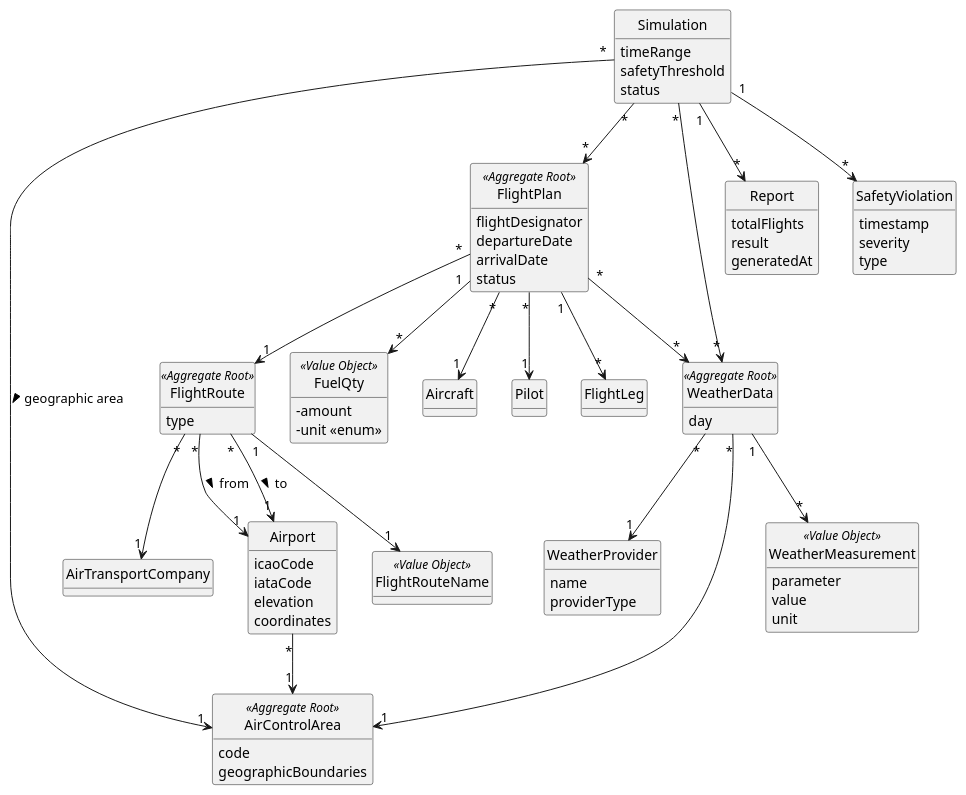
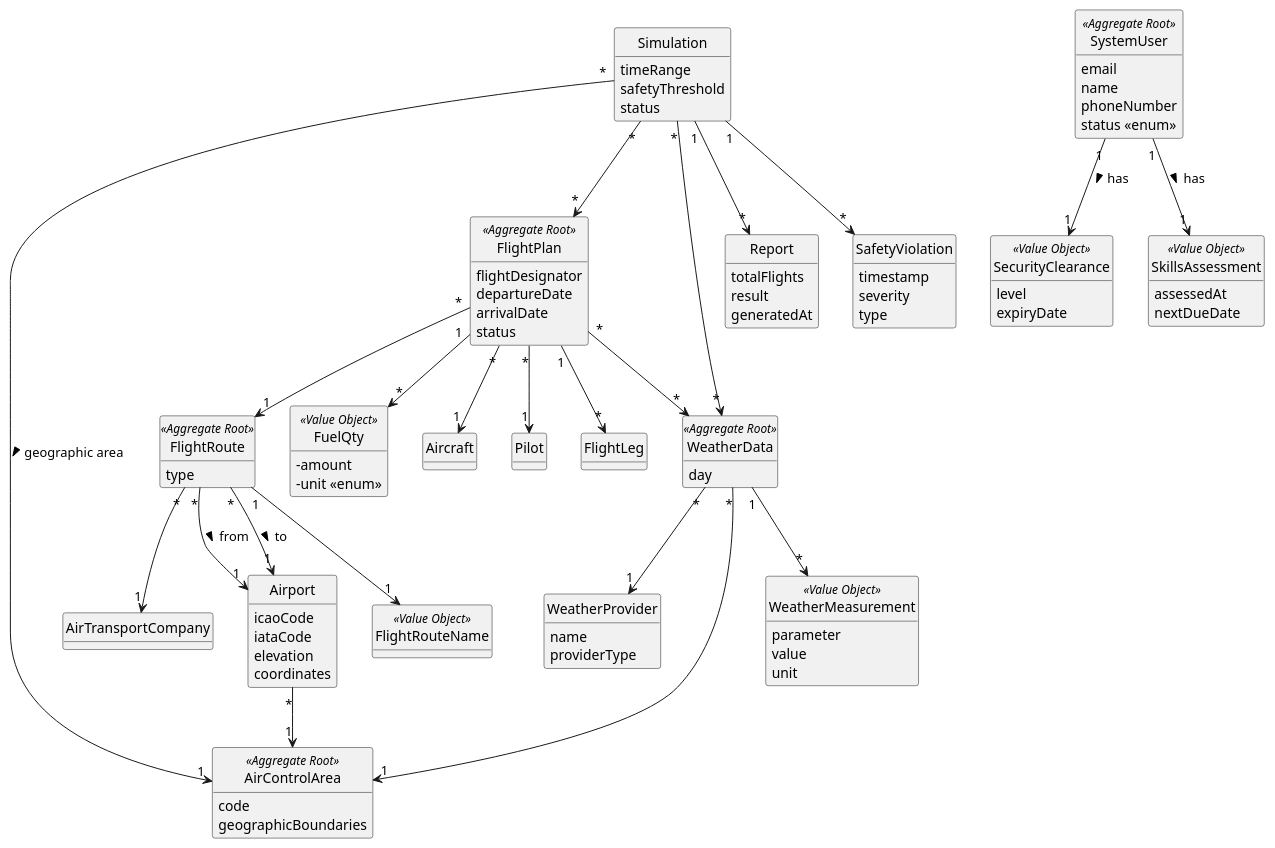
The diagram in docs/global-artifacts/02.analysis/puml/DM.puml (GustavoFerreira24/flight-management-platform), drawn with PlantUML before and after one commit.

Commit message:
Domain Model updated with some terms connected to the US30-33 [#14]

```diff
--- a/docs/global-artifacts/02.analysis/puml/DM.puml
+++ b/docs/global-artifacts/02.analysis/puml/DM.puml
@@ -1,118 +1,140 @@
 @startuml
 skinparam monochrome true
 skinparam packageStyle rectangle
 skinparam shadowing false
 'skinparam linetype ortho
 'left to right direction
 skinparam classAttributeIconSize 0
 hide circle
 hide methods
 
 'title Domain Model
 
 class Simulation  {
     timeRange
     safetyThreshold
     status
 }
 
 class FlightPlan <<Aggregate Root>> {
     flightDesignator
     departureDate
     arrivalDate
     status
 }
 
 class FuelQty <<Value Object>> {
     - amount
     - unit <<enum>>
 }
 
 class FlightLeg {
 
 }
 
 class FlightRoute <<Aggregate Root>> {
     type
 }
 
 class Airport {
     icaoCode
     iataCode
     elevation
     coordinates
 }
 
 class AirControlArea <<Aggregate Root>> {
     code
     geographicBoundaries
 }
 
 class AirTransportCompany {
 
 }
 
 class Aircraft {
 
 }
 
 class FlightRouteName <<Value Object>> {
 
 }
 
 class Report {
     totalFlights
     result
     generatedAt
 }
 
 class Pilot {
 
 }
 
 class SafetyViolation {
     timestamp
     severity
     type
 }
 
 class WeatherData <<Aggregate Root>> {
     day
 }
 
 class WeatherMeasurement <<Value Object>> {
     parameter
     value
     unit
 }
 
 class WeatherProvider {
     name
     providerType
 }
 
+class SystemUser <<Aggregate Root>> {
+    email
+    name
+    phoneNumber
+    status <<enum>>
+}
+
+class SecurityClearance <<Value Object>> {
+    level
+    expiryDate
+}
+
+class SkillsAssessment <<Value Object>> {
+    assessedAt
+    nextDueDate
+}
+
+
+
 Simulation "*" --> "*" FlightPlan
 Simulation "1" --> "*" Report
 Simulation "1" --> "*" SafetyViolation
 Simulation "*" --> "*" WeatherData
 Simulation "*" --> "1" AirControlArea : geographic area >
 
 FlightRoute "*" --> "1" Airport : from >
 FlightRoute "*" --> "1" Airport : to >
 FlightRoute "*" --> "1" AirTransportCompany
 FlightRoute "1" --> "1" FlightRouteName
 
 FlightPlan "*" --> "1" FlightRoute
 FlightPlan "*" --> "1" Pilot
 FlightPlan "*" --> "1" Aircraft
 FlightPlan "1" --> "*" FlightLeg
 FlightPlan "1" --> "*" FuelQty
 FlightPlan "*" --> "*" WeatherData
 
 Airport "*" --> "1" AirControlArea
 
 WeatherData "*" --> "1" AirControlArea
 WeatherData "*" --> "1" WeatherProvider
 WeatherData "1" --> "*" WeatherMeasurement
 
+SystemUser "1" --> "1" SecurityClearance : has >
+SystemUser "1" --> "1" SkillsAssessment : has >
+
 @enduml
```
